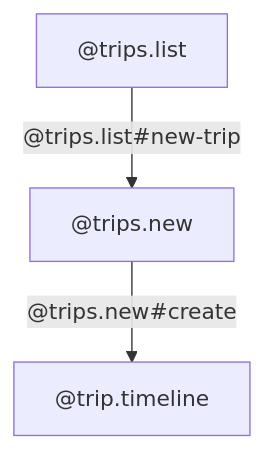
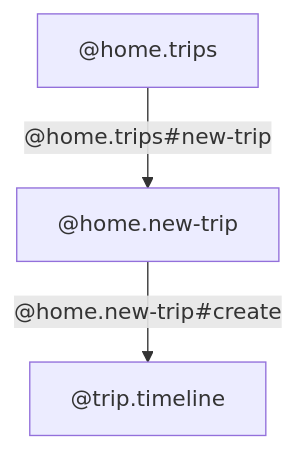
One commit to c65llc/starboard changed the diagram in examples/travel-app/docs/flows/flows/plan-a-trip.md. Above: the diagram before and after it, drawn with Mermaid. The commit also changed other lines of this file and 195 other files, not shown here.

````diff
--- a/examples/travel-app/docs/flows/flows/plan-a-trip.md
+++ b/examples/travel-app/docs/flows/flows/plan-a-trip.md
@@ -8,5 +11,5 @@
 ```mermaid
 flowchart TD
-  list["@trips.list"] -->|"@trips.list#new-trip"| new["@trips.new"]
-  new -->|"@trips.new#create"| timeline["@trip.timeline"]
+  trips["@home.trips"] -->|"@home.trips#new-trip"| new["@home.new-trip"]
+  new -->|"@home.new-trip#create"| timeline["@trip.timeline"]
 ```
````
